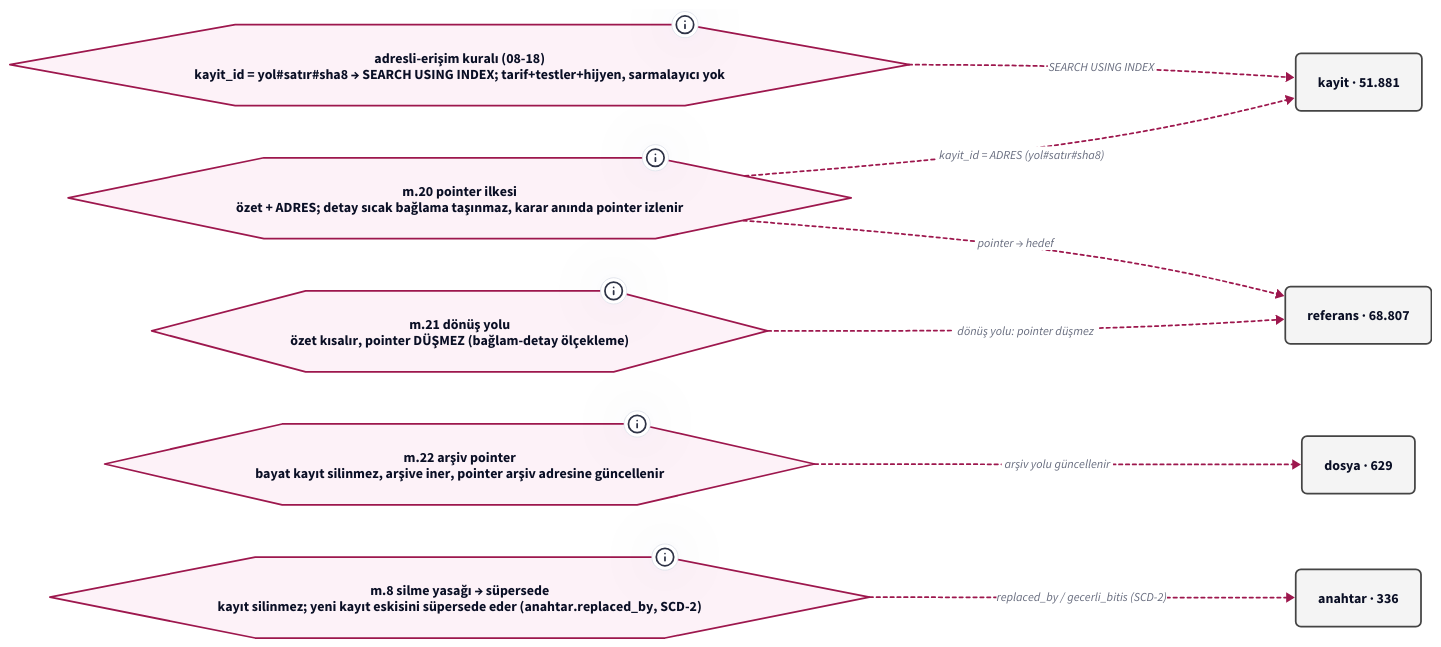
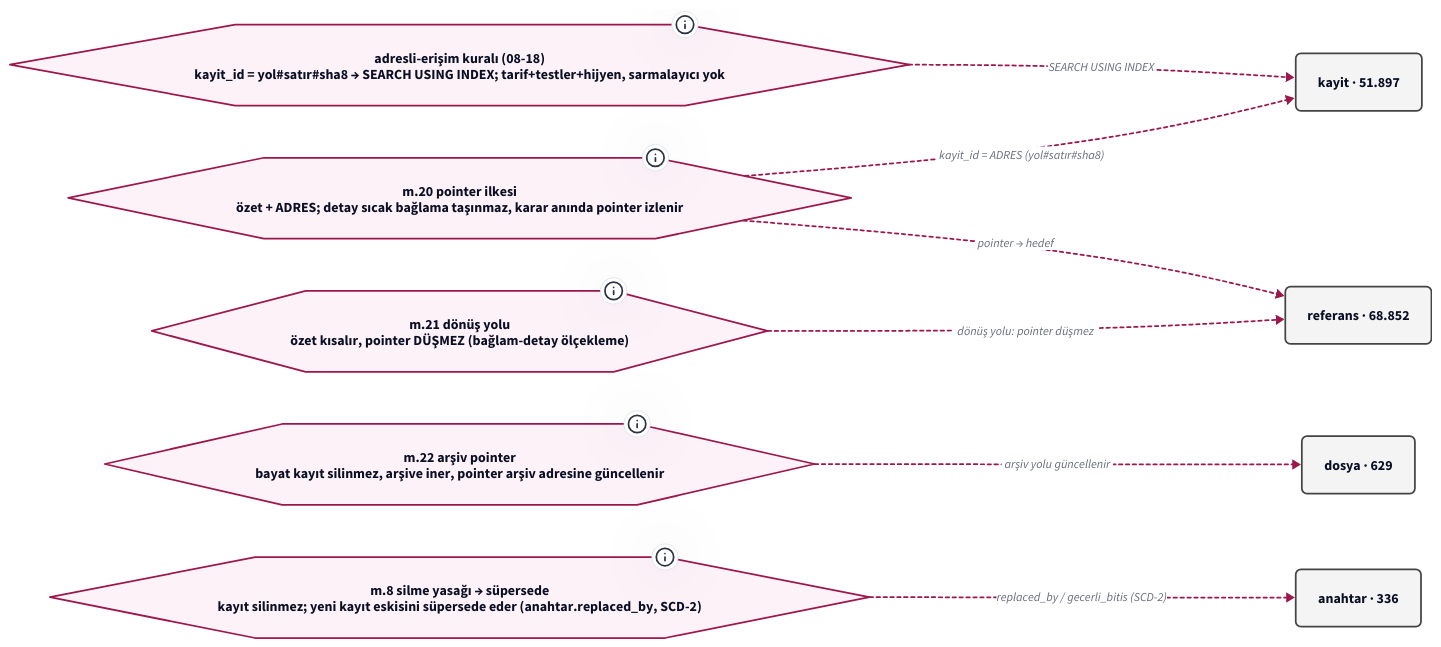
The diagram in graf/pointer-sistemi-v0-ilke.d2 (salihsahinin/sistem), drawn with D2 before and after one commit. The commit also changed 17 other files, not shown here.

```diff
--- a/graf/pointer-sistemi-v0-ilke.d2
+++ b/graf/pointer-sistemi-v0-ilke.d2
@@ -1,33 +1,33 @@
 # Jarvis POINTER SİSTEMİ — POINTER İLKESİ → MEKANİZMA (pano 3/4) (türetilmiş görünüm; ham kaynak silver/bronz)
-# üretici: tools/pointer-graf.py · silver e309550 · HEAD e309550 · d2 v0.8.1-HEAD · render: d2 --layout=elk (ELK bundled; TALA girmez; determinizm yerel sha256 ile ölçülür — Karar 65)
+# üretici: tools/pointer-graf.py · silver bdc6584 · HEAD bdc6584 · d2 v0.8.1-HEAD · render: d2 --layout=elk (ELK bundled; TALA girmez; determinizm yerel sha256 ile ölçülür — Karar 65)
 # içerik katmanı: düğüm/kenar = silver'dan script türetimi (LLM yazmaz); ilke/kronoloji = kanon SABİTİ (pointer'lı, script içinde); yorum katmanı = bu # satırları
 direction: right
 classes: {
   kutu: { style: { fill: "#F4F4F4"; stroke: "#444444"; font-size: 16; border-radius: 6 } }
   pointer: { style: { fill: "#E8F0FE"; stroke: "#1A56DB"; border-radius: 6 } }
   anahtar: { style: { fill: "#FFF4E5"; stroke: "#B45309"; border-radius: 6 } }
   hat: { style: { fill: "#ECFDF5"; stroke: "#047857"; bold: true; border-radius: 6 } }
   ilke: { shape: hexagon; style: { fill: "#FDF2F8"; stroke: "#9D174D" } }
   kron: { shape: page; style: { fill: "#FFFFFF"; stroke: "#6B7280" } }
   dis: { shape: cloud; style: { fill: "#FAFAFA"; stroke: "#9CA3AF" } }
   kirik: { style: { stroke: "#DC2626"; stroke-dash: 3; font-size: 14 } }
   supersede: { style: { stroke: "#B45309"; stroke-dash: 5 } }
   fk: { style: { stroke: "#444444"; font-size: 14 } }
   turetir: { style: { stroke: "#047857"; stroke-width: 3 } }
   uygular: { style: { stroke: "#9D174D"; stroke-dash: 2; font-size: 14 } }
 }
 adres: "adresli-erişim kuralı (08-18)\nkayit_id = yol#satır#sha8 → SEARCH USING INDEX; tarif+testler+hijyen, sarmalayıcı yok" { class: ilke; tooltip: "KILAVUZ.md tasarım-ilkeleri · kuyruk/senaryo-defteri.md Karar 62" }
 m20: "m.20 pointer ilkesi\nözet + ADRES; detay sıcak bağlama taşınmaz, karar anında pointer izlenir" { class: ilke; tooltip: "core/tuzuk-v0.md m.20 · wiki/pointer-sistemi.md" }
 m21: "m.21 dönüş yolu\nözet kısalır, pointer DÜŞMEZ (bağlam-detay ölçekleme)" { class: ilke; tooltip: "core/tuzuk-v0.md m.21" }
 m22: "m.22 arşiv pointer\nbayat kayıt silinmez, arşive iner, pointer arşiv adresine güncellenir" { class: ilke; tooltip: "core/tuzuk-v0.md m.22" }
 m8: "m.8 silme yasağı → süpersede\nkayıt silinmez; yeni kayıt eskisini süpersede eder (anahtar.replaced_by, SCD-2)" { class: ilke; tooltip: "core/tuzuk-v0.md m.8 · core/baglam-anahtar-kaydi.md §3" }
-kayit: "kayit · 51.881" { class: kutu }
-referans: "referans · 68.807" { class: kutu }
+kayit: "kayit · 51.897" { class: kutu }
+referans: "referans · 68.852" { class: kutu }
 dosya: "dosya · 629" { class: kutu }
 anahtar: "anahtar · 336" { class: kutu }
 adres -> kayit: "SEARCH USING INDEX" { class: uygular }
 m20 -> kayit: "kayit_id = ADRES (yol#satır#sha8)" { class: uygular }
 m20 -> referans: "pointer → hedef" { class: uygular }
 m21 -> referans: "dönüş yolu: pointer düşmez" { class: uygular }
 m22 -> dosya: "arşiv yolu güncellenir" { class: uygular }
 m8 -> anahtar: "replaced_by / gecerli_bitis (SCD-2)" { class: uygular }
```
